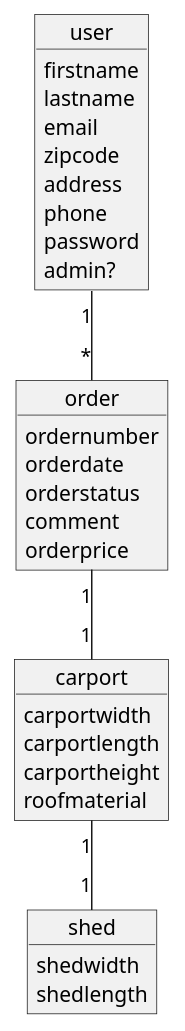
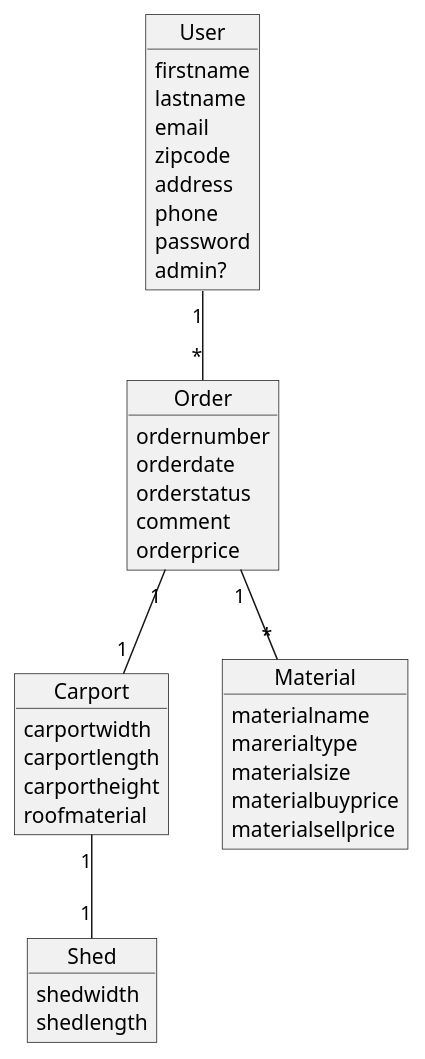
The diagram in models/Domain model.puml (mbm1337/Carport), drawn with PlantUML before and after one commit. The commit also changed 3 other files, not shown here.

```diff
--- a/models/Domain model.puml
+++ b/models/Domain model.puml
@@ -1,47 +1,56 @@
 @startuml
 'https://plantuml.com/object-diagram
 
 
-object user{
+object User{
     firstname
     lastname
     email
     zipcode
     address
     phone
     password
     admin?
 }
 
 
 
-object carport{
+object Carport{
     carportwidth
     carportlength
     carportheight
     roofmaterial
 
 }
-object shed{
+object Shed{
     shedwidth
     shedlength
 }
 
-object order{
+object Order{
     ordernumber
     orderdate
     orderstatus
     comment
     orderprice
 }
 
+object Material{
+    materialname
+    marerialtype
+    materialsize
+    materialbuyprice
+    materialsellprice
+}
 
 
 
-user "1"--"*" order
-order "1"-- "1" carport
-carport "1"-- "1"shed
+
+User "1"--"*" Order
+Order "1"-- "1" Carport
+Order "1" -- "*" Material
+Carport "1"-- "1" Shed
 
 
 
 @enduml
```
